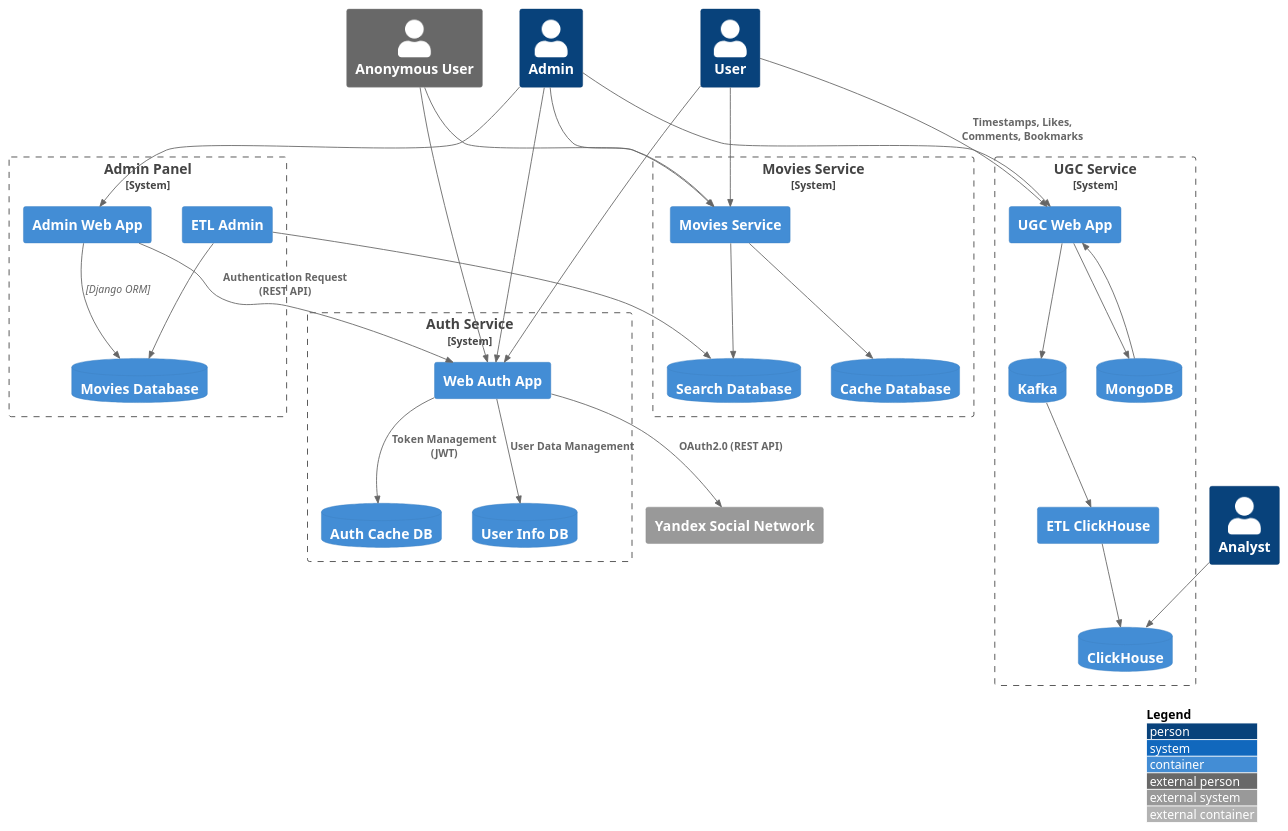
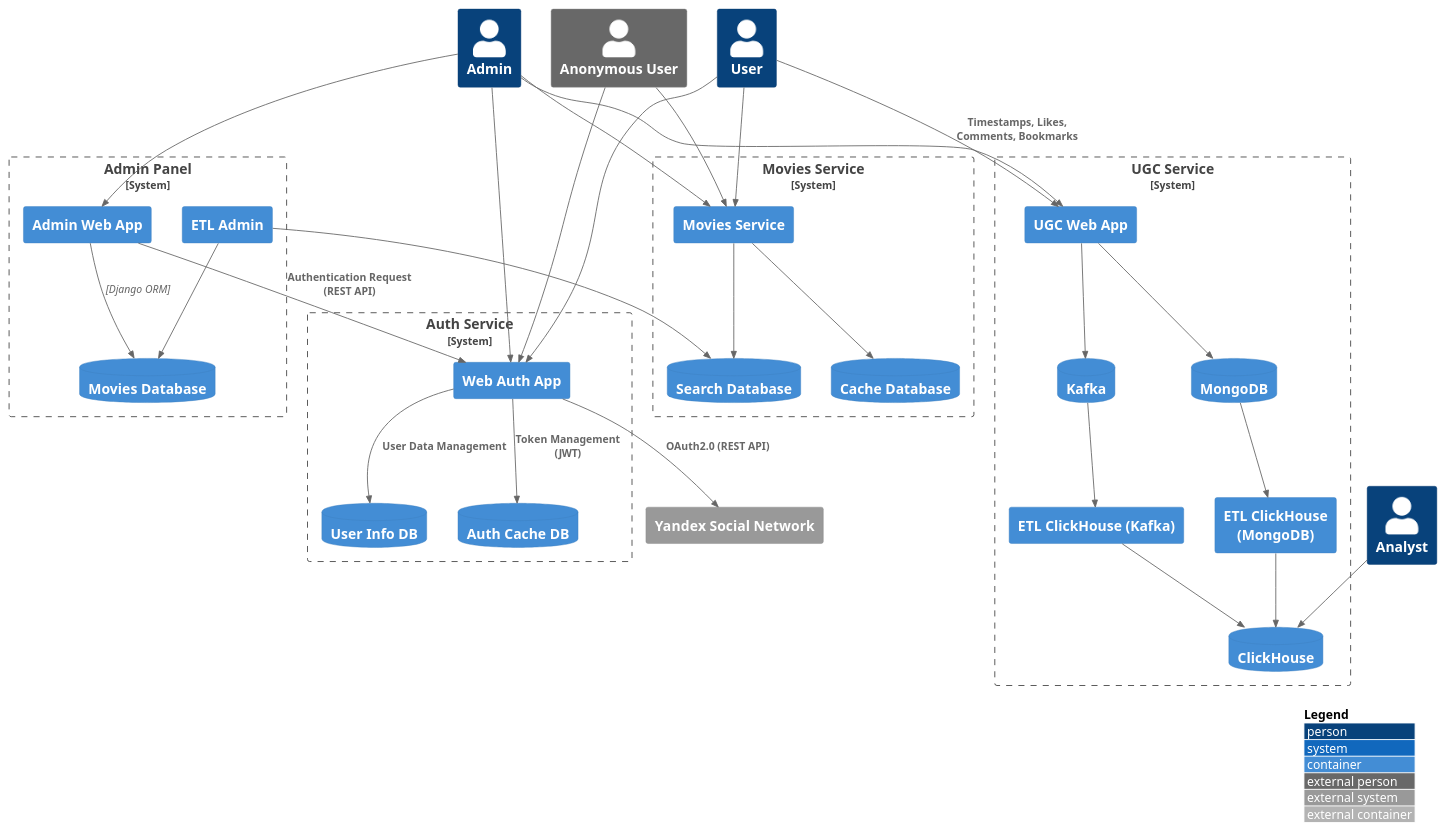
The diagram in docs/arc/c2_context.puml (konarlook/ugc_sprint_1), drawn with PlantUML before and after one commit. The commit also changed 4 other files, not shown here.

```diff
--- a/docs/arc/c2_context.puml
+++ b/docs/arc/c2_context.puml
@@ -1,75 +1,77 @@
 @startuml system-context
 !include https://raw.githubusercontent.com/plantuml-stdlib/C4-PlantUML/master/C4_Container.puml
 
 LAYOUT_TOP_DOWN()
 LAYOUT_WITH_LEGEND()
 
 Person(admin, "Admin")
 Person(analyst, "Analyst")
 Person(user, "User")
 Person_Ext(anonim, "Anonymous User")
 
 System_Boundary(admin_panel, "Admin Panel") {
     Container(web_app, "Admin Web App")
     ContainerDb(movies_db, "Movies Database")
     Container(etl_admin, "ETL Admin")
 }
 
 System_Boundary(auth_service, "Auth Service") {
     ContainerDb(cache_auth_db, "Auth Cache DB")
     ContainerDb(user_auth_db, "User Info DB")
     Container(web_auth, "Web Auth App")
 }
 
 System_Boundary(movies_service, "Movies Service") {
     ContainerDb(search_db, "Search Database")
     ContainerDb(cache_db, "Cache Database")
     Container(movies_app, "Movies Service")
 }
 
 System_Boundary(ugc_service, "UGC Service") {
     Container(ugc_web_app, "UGC Web App")
     ContainerDb(ugc_db_kafka, "Kafka")
     ContainerDb(ugc_db_mongo, "MongoDB")
-    Container(ugc_etl_click, "ETL ClickHouse")
+    Container(ugc_etl_click_kafka, "ETL ClickHouse (Kafka)")
+    Container(ugc_etl_click_mongo, "ETL ClickHouse (MongoDB)")
     ContainerDb(ClickHouse_db, "ClickHouse")
 }
 
 System_Ext(yandex_soc, "Yandex Social Network")
 
 Rel(web_app, movies_db, "", "Django ORM")
 Rel(etl_admin, movies_db, "")
 Rel(etl_admin, search_db, "")
 
 Rel(movies_app, cache_db, "")
 Rel(movies_app, search_db, "")
 
 Rel(web_auth, cache_auth_db, "Token Management (JWT)")
 Rel(web_auth, user_auth_db, "User Data Management")
 Rel(web_auth, yandex_soc, "OAuth2.0 (REST API)")
 
 Rel(web_app, web_auth, "Authentication Request (REST API)")
 
 Rel(user, web_auth, "")
 Rel(user, movies_app, "")
 
 Rel(anonim, web_auth, "")
 Rel(anonim, movies_app, "")
 
 Rel(admin, web_auth, "")
 Rel(admin, movies_app, "")
 Rel(admin, web_app, "")
 
 Rel(analyst, ClickHouse_db, "")
 
 Rel(user, ugc_web_app, "Timestamps, Likes, Comments, Bookmarks")
 Rel(admin, ugc_web_app, "")
 
 Rel(ugc_web_app, ugc_db_kafka, "")
-Rel(ugc_db_kafka, ugc_etl_click, "")
-Rel(ugc_etl_click, ClickHouse_db, "")
+Rel(ugc_db_kafka, ugc_etl_click_kafka, "")
+Rel(ugc_etl_click_kafka, ClickHouse_db, "")
 
 Rel(ugc_web_app, ugc_db_mongo, "")
-Rel(ugc_db_mongo, ugc_web_app, "")
+Rel(ugc_db_mongo, ugc_etl_click_mongo, "")
+Rel(ugc_etl_click_mongo, ClickHouse_db, "")
 
 @enduml
```
